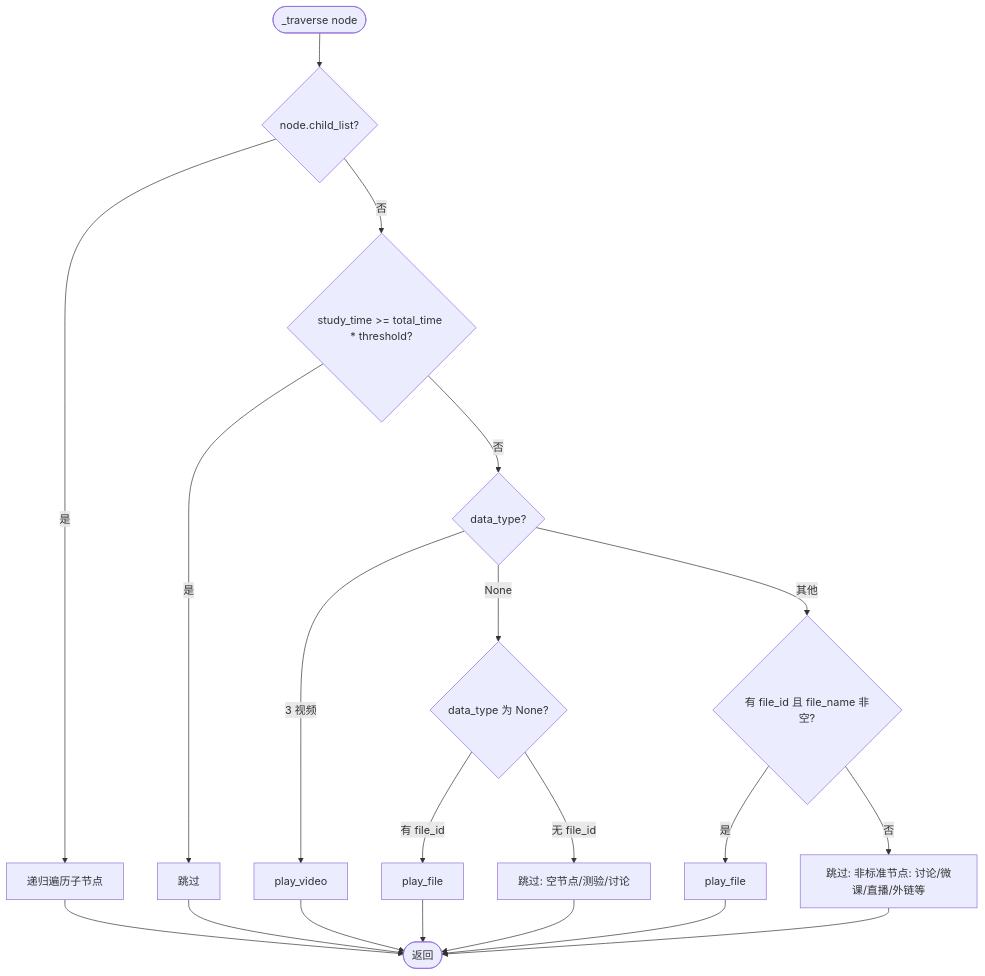
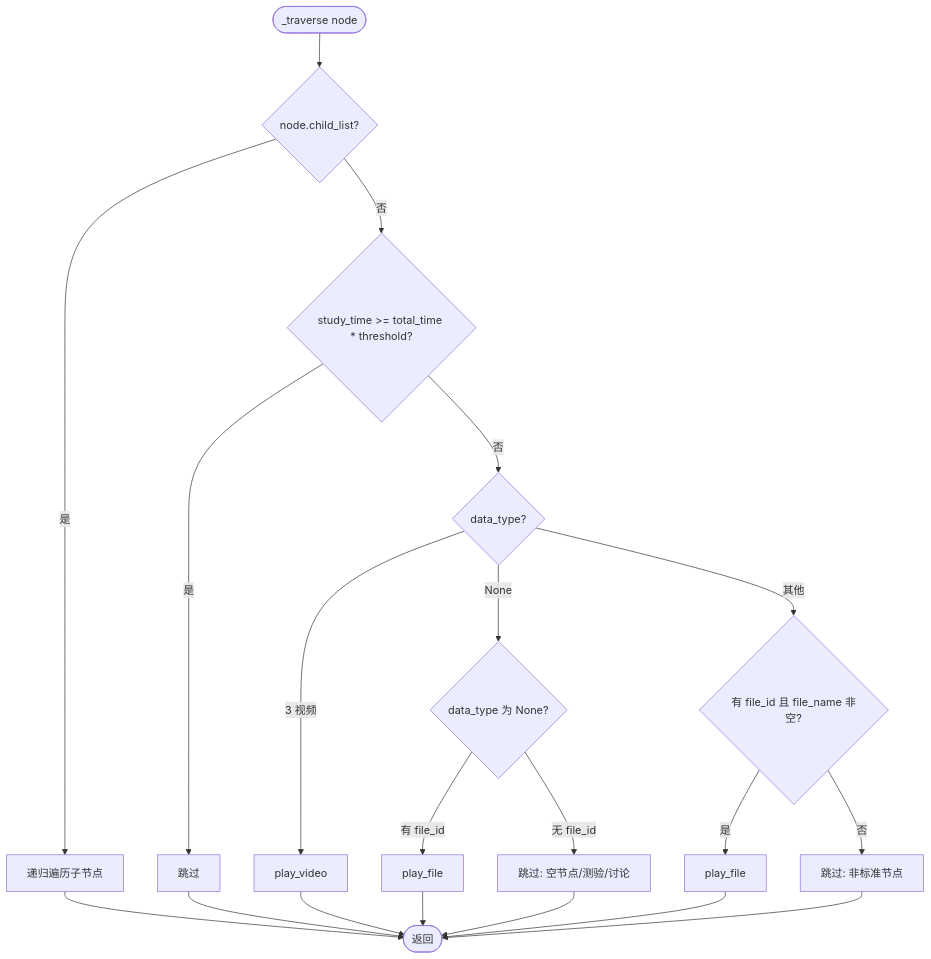
The fourth of 15 diagrams in docs/design.md (pjm314159/zhs), drawn with Mermaid before and after one commit. The commit also changed other lines of this file and 29 other files, not shown here.

````diff
--- a/docs/design.md
+++ b/docs/design.md
@@ -674,15 +951,15 @@
 ```mermaid
 flowchart TD
     Start([_traverse node]) --> HasChildren{node.child_list?}
     HasChildren -->|是| Recurse[递归遍历子节点] --> End([返回])
     HasChildren -->|否| CheckDone{study_time >= total_time * threshold?}
     CheckDone -->|是| Skip[跳过] --> End
     CheckDone -->|否| TypeCheck{data_type?}
     TypeCheck -->|3 视频| PlayVideo[play_video] --> End
     TypeCheck -->|None| TypeNone{data_type 为 None?}
     TypeNone -->|有 file_id| PlayFile[play_file] --> End
     TypeNone -->|无 file_id| SkipNone[跳过: 空节点/测验/讨论] --> End
     TypeCheck -->|其他| SafeCheck{有 file_id 且 file_name 非空?}
     SafeCheck -->|是| PlayFile2[play_file] --> End
-    SafeCheck -->|否| SkipUnknown[跳过: 非标准节点: 讨论/微课/直播/外链等] --> End
+    SafeCheck -->|否| SkipUnknown[跳过: 非标准节点] --> End
 ```
````
